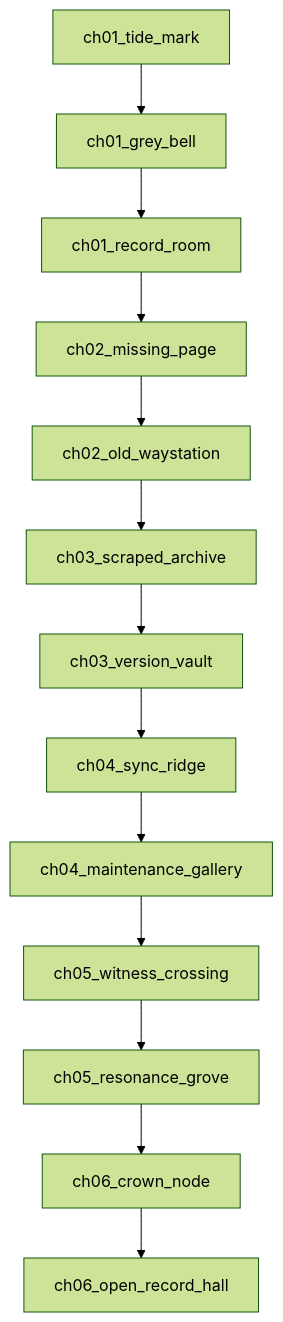
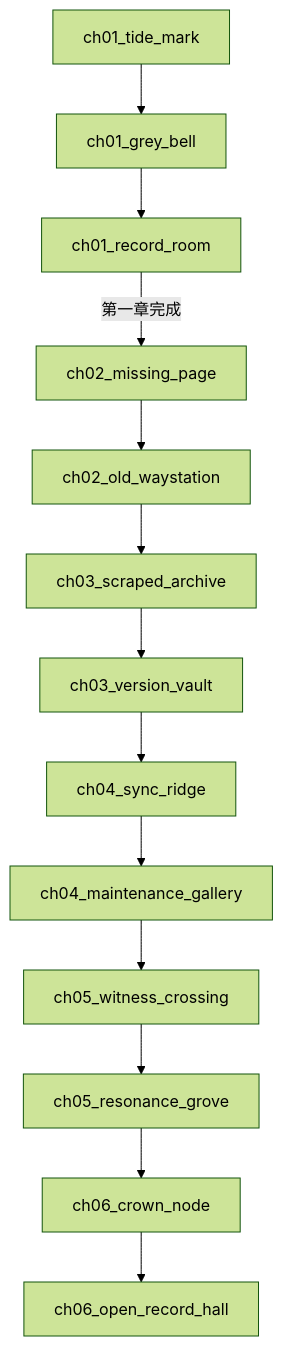
One commit to Isekaitw/the-unwritten-world changed the second of 2 diagrams in docs/05_SCENE_CATALOG.md. Above: the diagram before and after it, drawn with Mermaid (forest theme). The commit also changed other lines of this file, not shown here.

Commit message:
Align chapter transition and polish scene asset paths

````diff
--- a/docs/05_SCENE_CATALOG.md
+++ b/docs/05_SCENE_CATALOG.md
@@ -563,9 +564,9 @@
 ```mermaid
 flowchart TD
     A["ch01_tide_mark"] --> B["ch01_grey_bell"] --> C["ch01_record_room"]
-    C --> D["ch02_missing_page"] --> E["ch02_old_waystation"]
+    C -->|"第一章完成"| D["ch02_missing_page"] --> E["ch02_old_waystation"]
     E --> F["ch03_scraped_archive"] --> G["ch03_version_vault"]
     G --> H["ch04_sync_ridge"] --> I["ch04_maintenance_gallery"]
     I --> J["ch05_witness_crossing"] --> K["ch05_resonance_grove"]
     K --> L["ch06_crown_node"] --> M["ch06_open_record_hall"]
 ```
````
